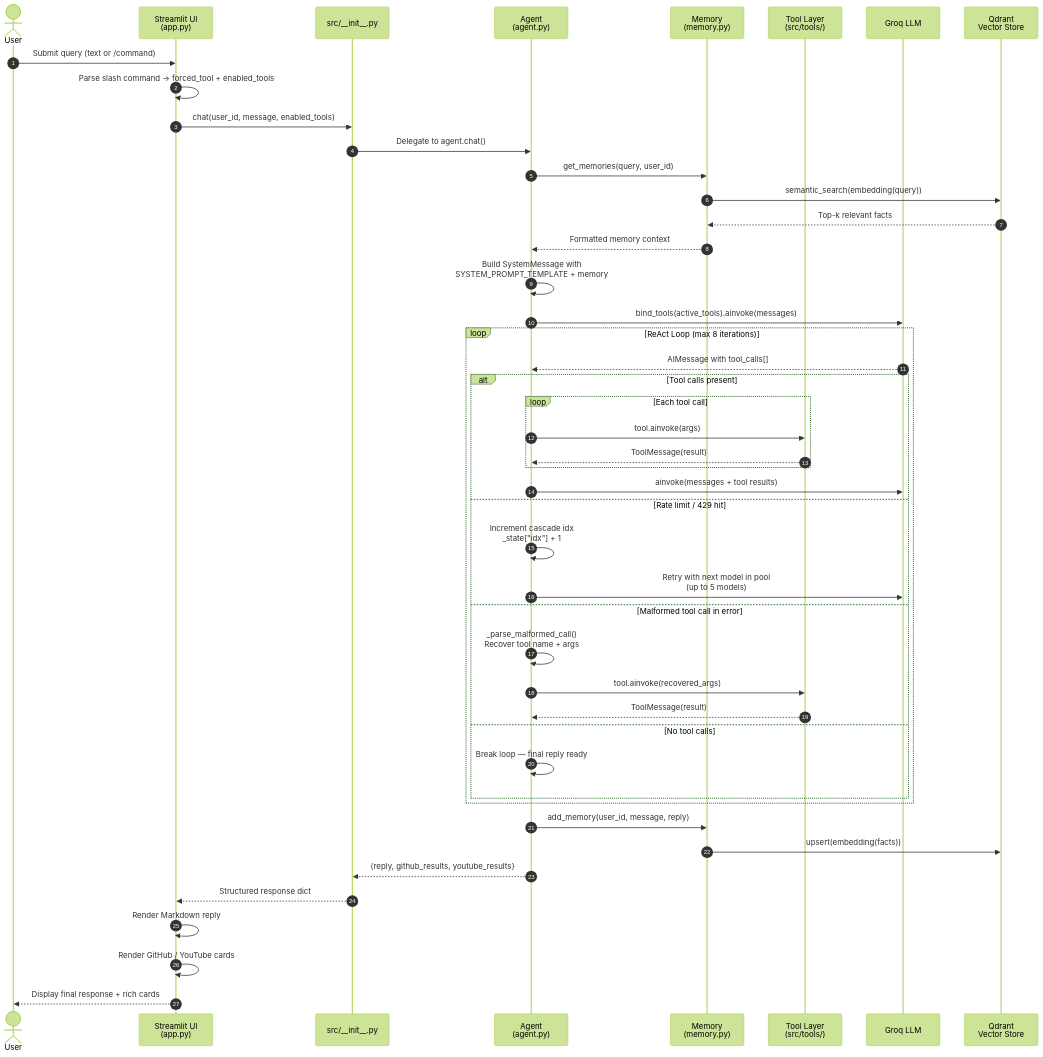
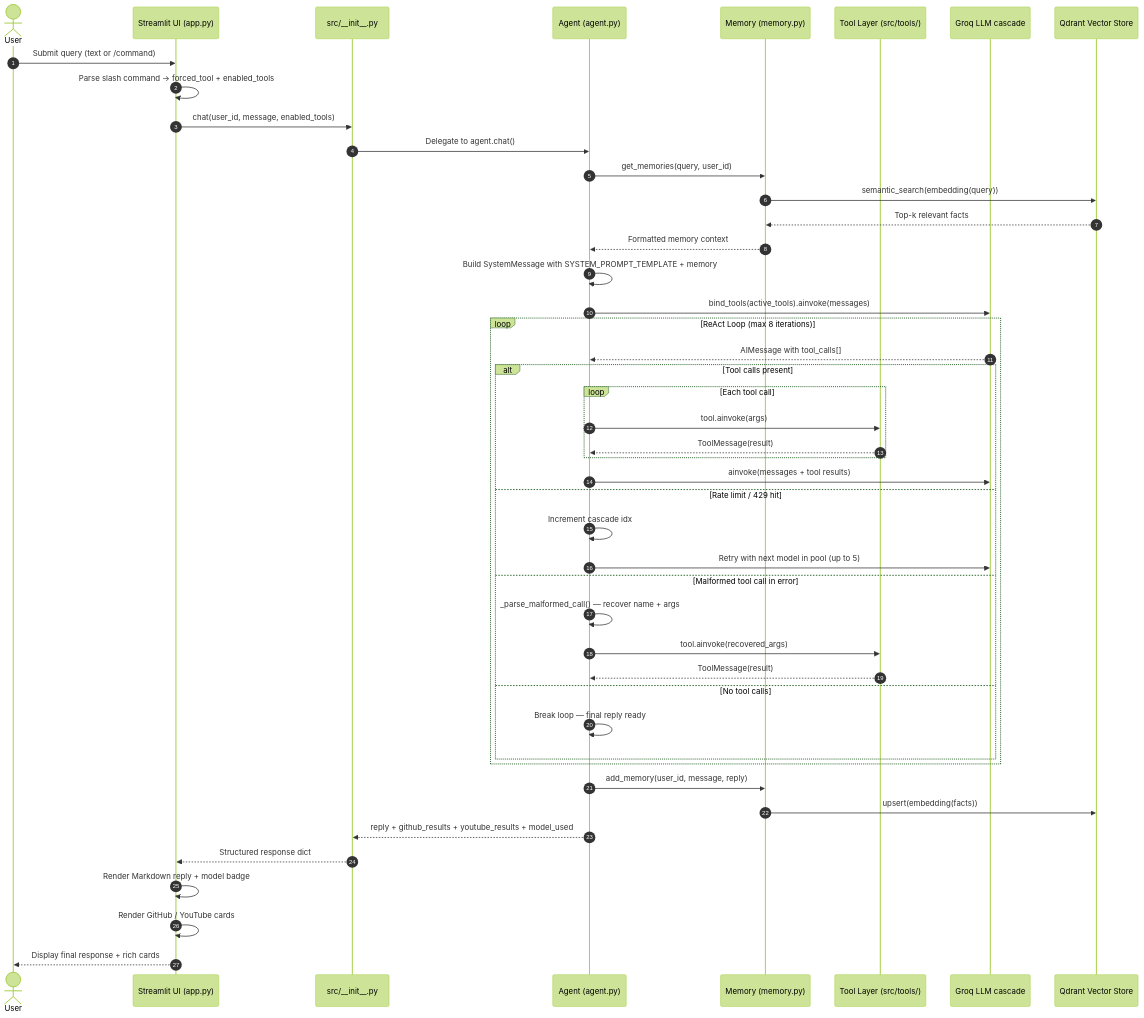
The second of 7 diagrams in readme.md (HAMZOO0/personal-research-agent), drawn with Mermaid (forest theme) before and after one commit. The commit also changed other lines of this file and 19 other files, not shown here.

````diff
--- a/readme.md
+++ b/readme.md
@@ -129,55 +296,55 @@
 ```mermaid
 sequenceDiagram
     autonumber
     actor User
-    participant UI as Streamlit UI<br/>(app.py)
+    participant UI as Streamlit UI (app.py)
     participant Init as src/__init__.py
-    participant Agent as Agent<br/>(agent.py)
-    participant Memory as Memory<br/>(memory.py)
-    participant Tools as Tool Layer<br/>(src/tools/)
-    participant Groq as Groq LLM
-    participant VDB as Qdrant<br/>Vector Store
+    participant Agent as Agent (agent.py)
+    participant Memory as Memory (memory.py)
+    participant Tools as Tool Layer (src/tools/)
+    participant Groq as Groq LLM cascade
+    participant VDB as Qdrant Vector Store
 
     User->>UI: Submit query (text or /command)
     UI->>UI: Parse slash command → forced_tool + enabled_tools
     UI->>Init: chat(user_id, message, enabled_tools)
     Init->>Agent: Delegate to agent.chat()
 
     Agent->>Memory: get_memories(query, user_id)
     Memory->>VDB: semantic_search(embedding(query))
     VDB-->>Memory: Top-k relevant facts
     Memory-->>Agent: Formatted memory context
 
-    Agent->>Agent: Build SystemMessage with<br/>SYSTEM_PROMPT_TEMPLATE + memory
+    Agent->>Agent: Build SystemMessage with SYSTEM_PROMPT_TEMPLATE + memory
     Agent->>Groq: bind_tools(active_tools).ainvoke(messages)
 
     loop ReAct Loop (max 8 iterations)
         Groq-->>Agent: AIMessage with tool_calls[]
 
         alt Tool calls present
             loop Each tool call
                 Agent->>Tools: tool.ainvoke(args)
                 Tools-->>Agent: ToolMessage(result)
             end
             Agent->>Groq: ainvoke(messages + tool results)
         else Rate limit / 429 hit
-            Agent->>Agent: Increment cascade idx<br/>_state["idx"] + 1
-            Agent->>Groq: Retry with next model in pool<br/>(up to 5 models)
+            Agent->>Agent: Increment cascade idx
+            Agent->>Groq: Retry with next model in pool (up to 5)
         else Malformed tool call in error
-            Agent->>Agent: _parse_malformed_call()<br/>Recover tool name + args
+            Agent->>Agent: _parse_malformed_call() — recover name + args
             Agent->>Tools: tool.ainvoke(recovered_args)
             Tools-->>Agent: ToolMessage(result)
         else No tool calls
             Agent->>Agent: Break loop — final reply ready
         end
     end
 
     Agent->>Memory: add_memory(user_id, message, reply)
     Memory->>VDB: upsert(embedding(facts))
 
-    Agent-->>Init: {reply, github_results, youtube_results}
+    Agent-->>Init: reply + github_results + youtube_results + model_used
     Init-->>UI: Structured response dict
-    UI->>UI: Render Markdown reply
+    UI->>UI: Render Markdown reply + model badge
     UI->>UI: Render GitHub / YouTube cards
     UI-->>User: Display final response + rich cards
 ```
````
